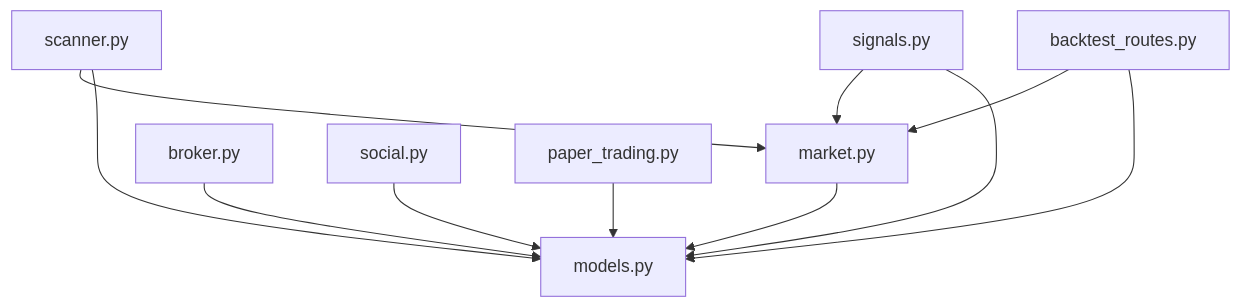
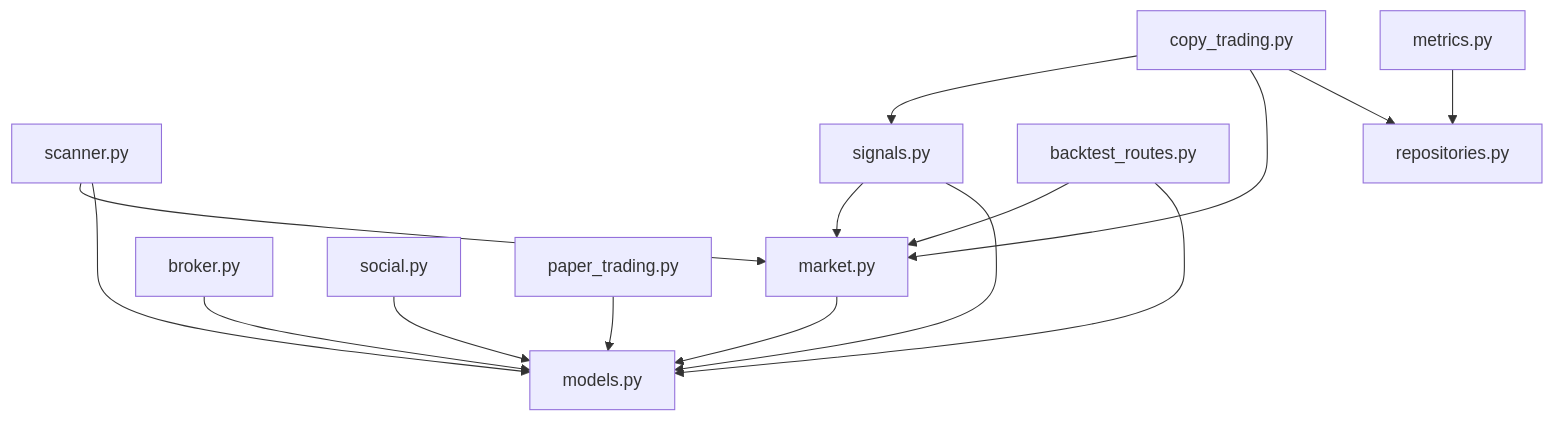
Before and after one commit to cavraeg-eng/Trading-App: the eighth of 8 diagrams in .qoder/repowiki/en/content/Project Overview/Core Features/API Routes.md, drawn with Mermaid. The commit also changed other lines of this file and 138 other files, not shown here.

First line of the commit message:
feat(LiveTrading): add MT5-style chart overlay for entry/SL/TP levels

````diff
--- a/.qoder/repowiki/en/content/Project Overview/Core Features/API Routes.md
+++ b/.qoder/repowiki/en/content/Project Overview/Core Features/API Routes.md
@@ -387,13 +502,17 @@
 ```mermaid
 graph TB
 Scanner["scanner.py"] --> Market["market.py"]
 Signals["signals.py"] --> Market
 Backtest["backtest_routes.py"] --> Market
+CopyTrading["copy_trading.py"] --> Signals
+CopyTrading --> Market
+CopyTrading --> Repositories["repositories.py"]
+Metrics["metrics.py"] --> Repositories
 Broker["broker.py"] --> Models["models.py"]
 Social["social.py"] --> Models
 Market --> Models
 Scanner --> Models
 Signals --> Models
 Backtest --> Models
 Paper["paper_trading.py"] --> Models
 ```
````
